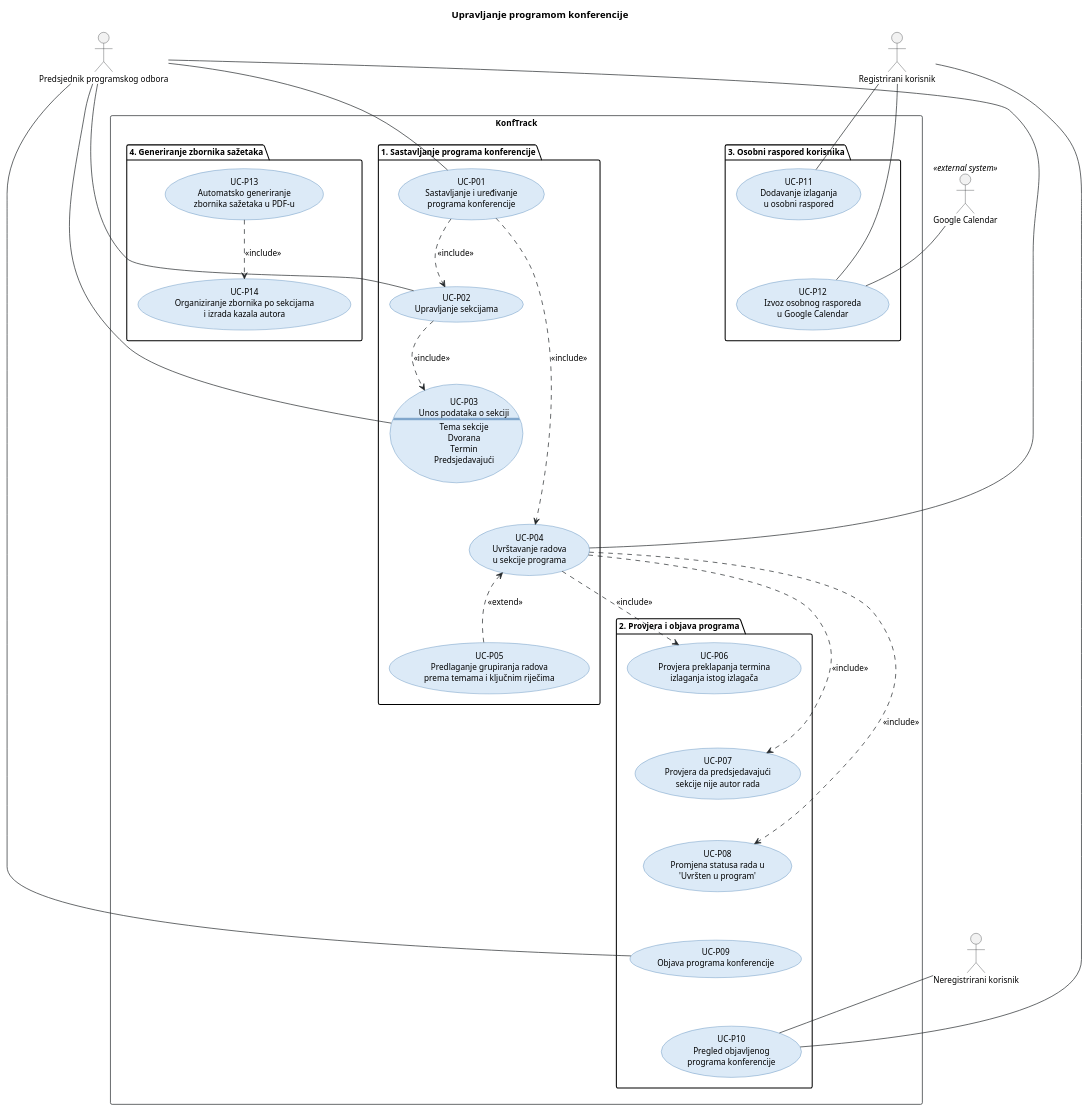
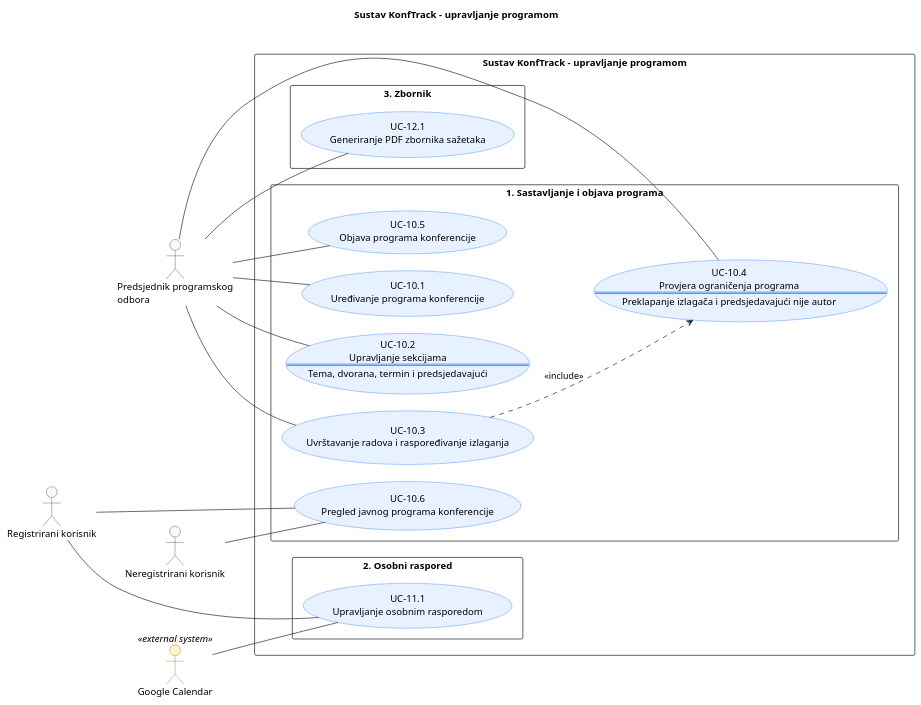
Before and after one commit to antoniopasa/KonfTrack_novi: the diagram in docs/puml/3-4-konftrack-program-UC.puml, drawn with PlantUML. The commit also changed other lines of this file, not shown here.

Commit message:
Update use case diagram for conference program management

```diff
--- a/docs/puml/3-4-konftrack-program-UC.puml
+++ b/docs/puml/3-4-konftrack-program-UC.puml
@@ -22,126 +19,113 @@
-@startuml UC_Upravljanje_programom
+@startuml
+title Sustav KonfTrack – upravljanje programom
+left to right direction
 
-title Upravljanje programom konferencije
-
-top to bottom direction
-
-skinparam backgroundColor white
 skinparam shadowing false
 skinparam defaultFontName Arial
-skinparam defaultFontSize 12
 skinparam ArrowColor #212529
-skinparam ActorBorderColor #212529
-skinparam ActorBackgroundColor #F2F2F2
-skinparam UseCaseBorderColor #3973AC
-skinparam UseCaseBackgroundColor #DCEAF7
-skinparam RectangleBorderColor #212529
+skinparam nodesep 25
+skinparam ranksep 30
+skinparam packageStyle rectangle
 
-actor "Predsjednik programskog odbora" as Chair
-actor "Registrirani korisnik" as User
-actor "Neregistrirani korisnik" as Visitor
-actor "Google Calendar" as GoogleCalendar <<external system>>
+skinparam actor {
+    BackgroundColor #F8F9FA
+    BorderColor #212529
+    BackgroundColor<<external system>> #FFF3CD
+    BorderColor<<external system>> #856404
+}
 
-rectangle "KonfTrack" {
+skinparam usecase {
+    BackgroundColor #E7F1FF
+    BorderColor #0D6EFD
+}
 
-    package "1. Sastavljanje programa konferencije" {
+' ==============================================================================
+' Primarni akteri
+' ==============================================================================
 
-        usecase "UC-P01\nSastavljanje i uređivanje\nprograma konferencije" as UCP_01
+actor Chair as "Predsjednik programskog\nodbora"
+actor User as "Registrirani korisnik"
+actor Visitor as "Neregistrirani korisnik"
 
-        usecase "UC-P02\nUpravljanje sekcijama" as UCP_02
+' ==============================================================================
+' Sekundarni akteri (vanjski sustavi)
+' ==============================================================================
 
-        usecase "UC-P03\nUnos podataka o sekciji\n==\nTema sekcije\nDvorana\nTermin\nPredsjedavajući" as UCP_03
+actor Calendar as "Google Calendar" <<external system>>
 
-        usecase "UC-P04\nUvrštavanje radova\nu sekcije programa" as UCP_04
+' ==============================================================================
+' Granica sustava
+' ==============================================================================
 
-        usecase "UC-P05\nPredlaganje grupiranja radova\nprema temama i ključnim riječima" as UCP_05
+rectangle "Sustav KonfTrack – upravljanje programom" {
+
+    ' Sastavljanje i objava programa
+    package "1. Sastavljanje i objava programa" {
+        (UC-10.1\nUređivanje programa konferencije) as UC_101
+
+        (UC-10.2\nUpravljanje sekcijama\n==\nTema, dvorana, termin i predsjedavajući) as UC_102
+
+        (UC-10.3\nUvrštavanje radova i raspoređivanje izlaganja) as UC_103
+
+        (UC-10.4\nProvjera ograničenja programa\n==\nPreklapanje izlagača i predsjedavajući nije autor) as UC_104
+
+        (UC-10.5\nObjava programa konferencije) as UC_105
+
+        (UC-10.6\nPregled javnog programa konferencije) as UC_106
     }
 
-    package "2. Provjera i objava programa" {
-
-        usecase "UC-P06\nProvjera preklapanja termina\nizlaganja istog izlagača" as UCP_06
-
-        usecase "UC-P07\nProvjera da predsjedavajući\nsekcije nije autor rada" as UCP_07
-
-        usecase "UC-P08\nPromjena statusa rada u\n'Uvršten u program'" as UCP_08
-
-        usecase "UC-P09\nObjava programa konferencije" as UCP_09
-
-        usecase "UC-P10\nPregled objavljenog\nprograma konferencije" as UCP_10
+    ' Osobni raspored
+    package "2. Osobni raspored" {
+        (UC-11.1\nUpravljanje osobnim rasporedom) as UC_111
     }
 
-    package "3. Osobni raspored korisnika" {
-
-        usecase "UC-P11\nDodavanje izlaganja\nu osobni raspored" as UCP_11
-
-        usecase "UC-P12\nIzvoz osobnog rasporeda\nu Google Calendar" as UCP_12
+    ' Zbornik
+    package "3. Zbornik" {
+        (UC-12.1\nGeneriranje PDF zbornika sažetaka) as UC_121
     }
 
-    package "4. Generiranje zbornika sažetaka" {
-
-        usecase "UC-P13\nAutomatsko generiranje\nzbornika sažetaka u PDF-u" as UCP_13
-
-        usecase "UC-P14\nOrganiziranje zbornika po sekcijama\ni izrada kazala autora" as UCP_14
-    }
+    ' Raspored paketa u dva reda
+    UC_106 -[hidden]right- UC_111
+    UC_111 -[hidden]right- UC_121
 }
 
-' ------------------------------------------------------------
-' Povezanost aktera i slučajeva korištenja
-' ------------------------------------------------------------
+' ==============================================================================
+' Asocijacije aktera i slučajeva uporabe
+' ==============================================================================
 
-Chair -- UCP_01
-Chair -- UCP_02
-Chair -- UCP_03
-Chair -- UCP_04
-Chair -- UCP_09
+' Predsjednik programskog odbora upravlja programom i zbornikom.
+Chair -- UC_101
+Chair -- UC_102
+Chair -- UC_103
+Chair -- UC_104
+Chair -- UC_105
+Chair -- UC_121
 
-Visitor -- UCP_10
-User -- UCP_10
-User -- UCP_11
-User -- UCP_12
+' Registrirani i neregistrirani korisnici pregledavaju javni program.
+Visitor -- UC_106
+User -- UC_106
 
-GoogleCalendar -- UCP_12
+' Registrirani korisnik upravlja osobnim rasporedom.
+User -- UC_111
 
-' ------------------------------------------------------------
-' Odnosi include i extend
-' ------------------------------------------------------------
+' Vanjski sustav povezan je s upravljanjem osobnim rasporedom.
+Calendar -- UC_111
 
-' Sastavljanje programa uključuje upravljanje sekcijama
-' i uvrštavanje radova u program
-UCP_01 ..> UCP_02 : <<include>>
-UCP_01 ..> UCP_04 : <<include>>
+' ==============================================================================
+' Veze između slučajeva uporabe
+' ==============================================================================
 
-' Upravljanje sekcijama uključuje unos podataka o sekciji
-UCP_02 ..> UCP_03 : <<include>>
+' Provjera ograničenja obvezan je dio uvrštavanja radova u program.
+UC_103 ..> UC_104 : <<include>>
 
-' Sustav može predložiti grupiranje radova kao pomoć
-' pri uvrštavanju radova u sekcije
-UCP_05 ..> UCP_04 : <<extend>>
+' ==============================================================================
+' Raspored aktera
+' ==============================================================================
 
-' Uvrštavanje rada uključuje provjere rasporeda
-' i promjenu statusa rada
-UCP_04 ..> UCP_06 : <<include>>
-UCP_04 ..> UCP_07 : <<include>>
-UCP_04 ..> UCP_08 : <<include>>
-
-' Generiranje zbornika uključuje organizaciju sadržaja
-UCP_13 ..> UCP_14 : <<include>>
-
-' ------------------------------------------------------------
-' Pomoćne veze za raspored elemenata
-' ------------------------------------------------------------
-
-UCP_01 -[hidden]down-> UCP_02
-UCP_02 -[hidden]down-> UCP_03
-UCP_03 -[hidden]down-> UCP_04
-UCP_04 -[hidden]down-> UCP_05
-
-UCP_06 -[hidden]down-> UCP_07
-UCP_07 -[hidden]down-> UCP_08
-UCP_08 -[hidden]down-> UCP_09
-UCP_09 -[hidden]down-> UCP_10
-
-UCP_11 -[hidden]down-> UCP_12
-
-UCP_13 -[hidden]down-> UCP_14
+' Akteri se smještaju na desnu stranu sustava.
+UC_106 -[hidden]right- User
+User -[hidden]down- Visitor
+Visitor -[hidden]down- UC_111
+UC_111 -[hidden]right- Calendar
 
 @enduml
```
